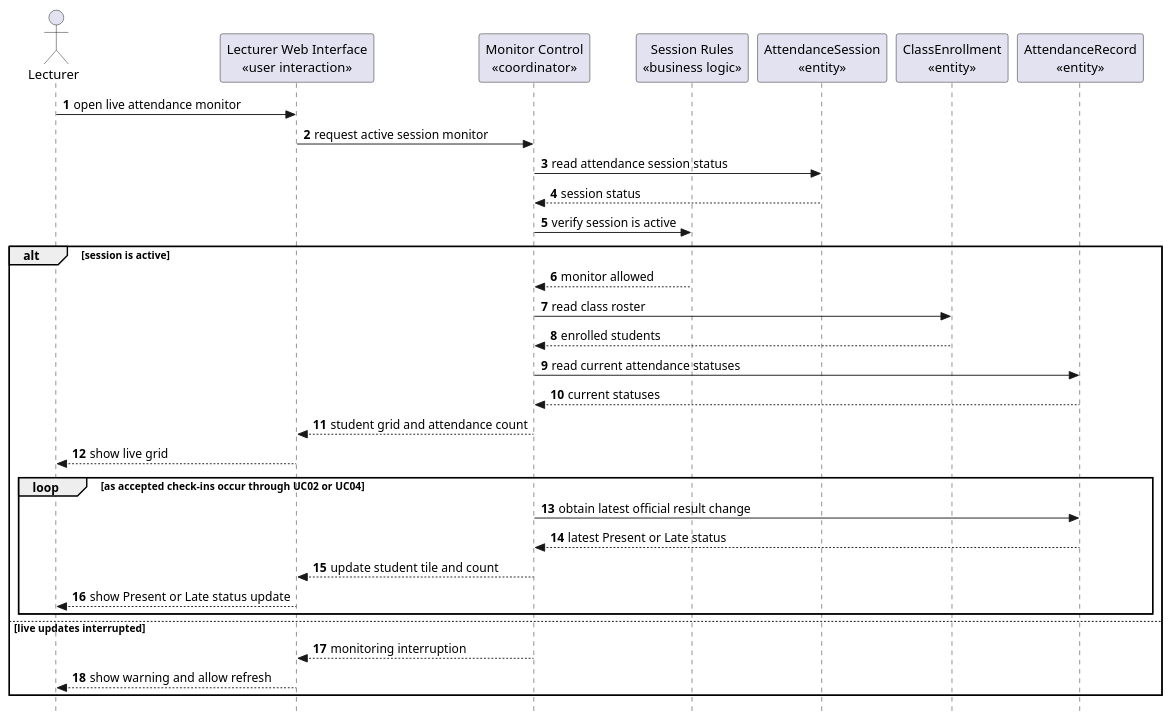
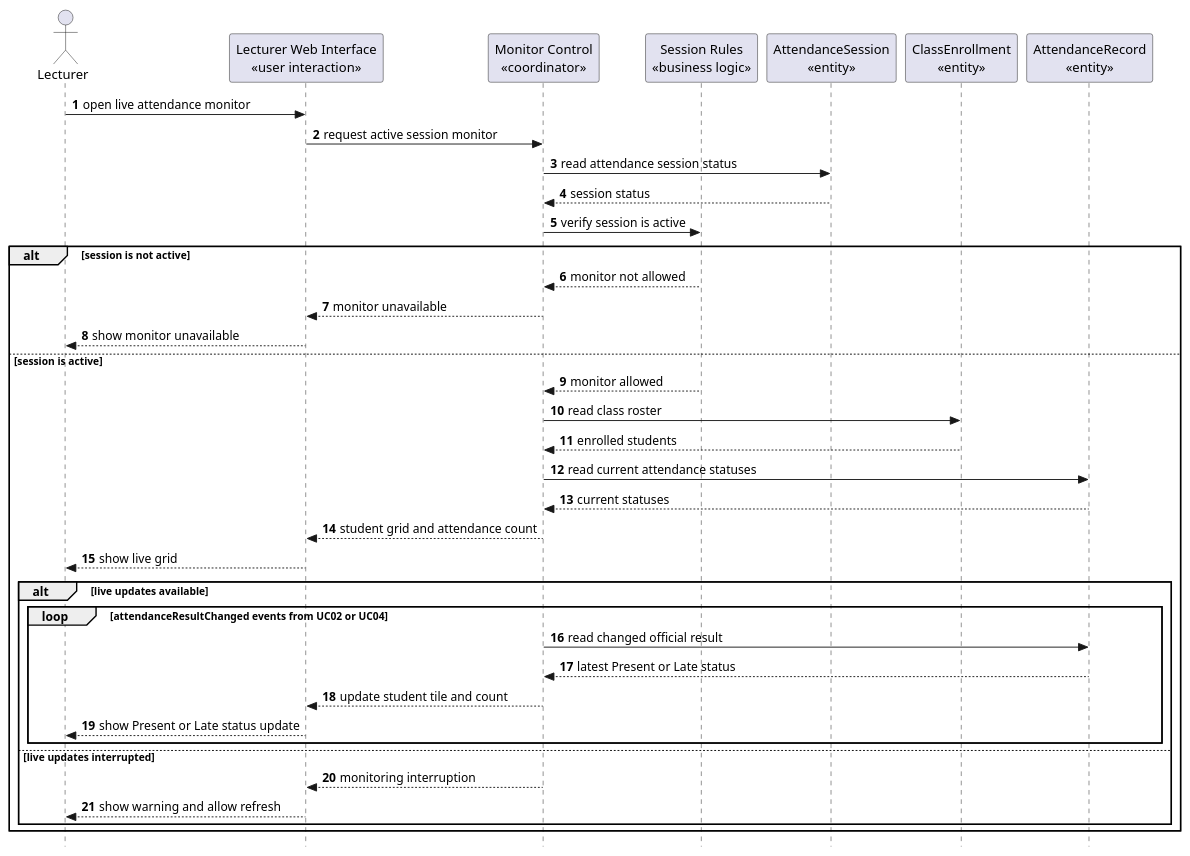
Diagram 17 of 29 in docs/sds/2_Analysis.md (nttung42/SWD392), drawn with PlantUML before and after one commit. The commit also changed other lines of this file and 5 other files, not shown here.

````diff
--- a/docs/sds/2_Analysis.md
+++ b/docs/sds/2_Analysis.md
@@ -898,39 +948,45 @@
 ```plantuml
 @startuml
 skinparam style strictuml
 autonumber
 actor "Lecturer" as Lecturer
 participant "Lecturer Web Interface\n«user interaction»" as LecturerUI
 participant "Monitor Control\n«coordinator»" as MonitorControl
 participant "Session Rules\n«business logic»" as SessionRules
 participant "AttendanceSession\n«entity»" as AttendanceSession
 participant "ClassEnrollment\n«entity»" as ClassEnrollment
 participant "AttendanceRecord\n«entity»" as AttendanceRecord
 
 Lecturer -> LecturerUI : open live attendance monitor
 LecturerUI -> MonitorControl : request active session monitor
 MonitorControl -> AttendanceSession : read attendance session status
 AttendanceSession --> MonitorControl : session status
 MonitorControl -> SessionRules : verify session is active
 
-alt session is active
+alt session is not active
+  SessionRules --> MonitorControl : monitor not allowed
+  MonitorControl --> LecturerUI : monitor unavailable
+  LecturerUI --> Lecturer : show monitor unavailable
+else session is active
   SessionRules --> MonitorControl : monitor allowed
   MonitorControl -> ClassEnrollment : read class roster
   ClassEnrollment --> MonitorControl : enrolled students
   MonitorControl -> AttendanceRecord : read current attendance statuses
   AttendanceRecord --> MonitorControl : current statuses
   MonitorControl --> LecturerUI : student grid and attendance count
   LecturerUI --> Lecturer : show live grid
 
-  loop as accepted check-ins occur through UC02 or UC04
-    MonitorControl -> AttendanceRecord : obtain latest official result change
-    AttendanceRecord --> MonitorControl : latest Present or Late status
-    MonitorControl --> LecturerUI : update student tile and count
-    LecturerUI --> Lecturer : show Present or Late status update
+  alt live updates available
+    loop attendanceResultChanged events from UC02 or UC04
+      MonitorControl -> AttendanceRecord : read changed official result
+      AttendanceRecord --> MonitorControl : latest Present or Late status
+      MonitorControl --> LecturerUI : update student tile and count
+      LecturerUI --> Lecturer : show Present or Late status update
+    end
+  else live updates interrupted
+    MonitorControl --> LecturerUI : monitoring interruption
+    LecturerUI --> Lecturer : show warning and allow refresh
   end
-else live updates interrupted
-  MonitorControl --> LecturerUI : monitoring interruption
-  LecturerUI --> Lecturer : show warning and allow refresh
 end
 @enduml
 ```
````
